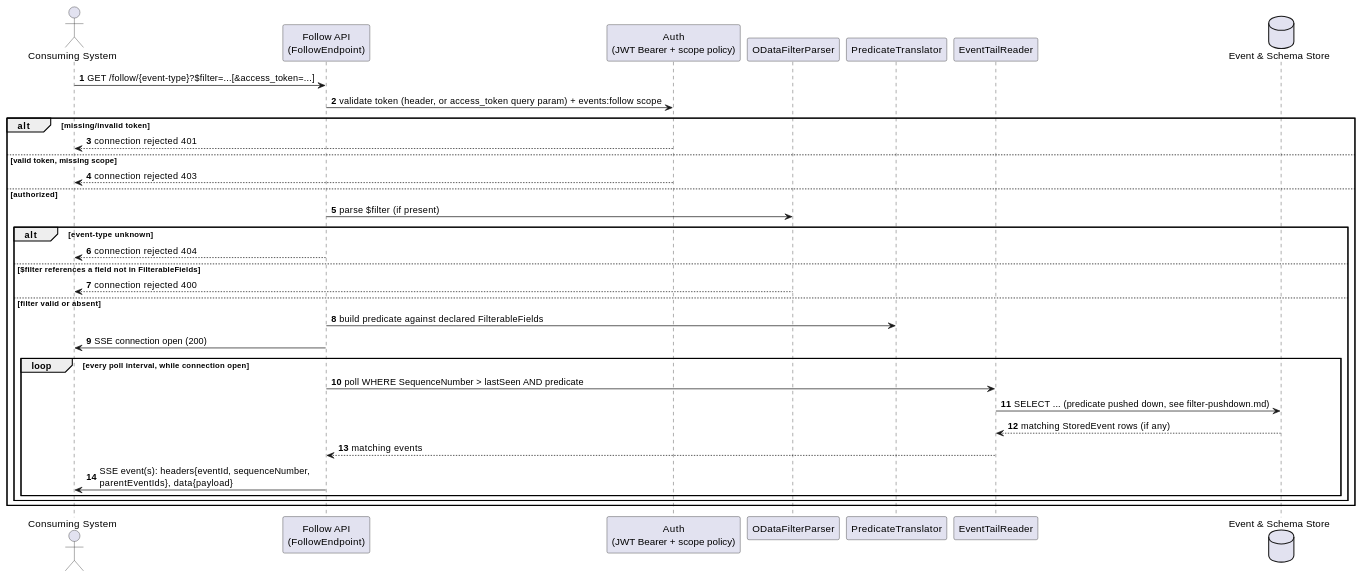
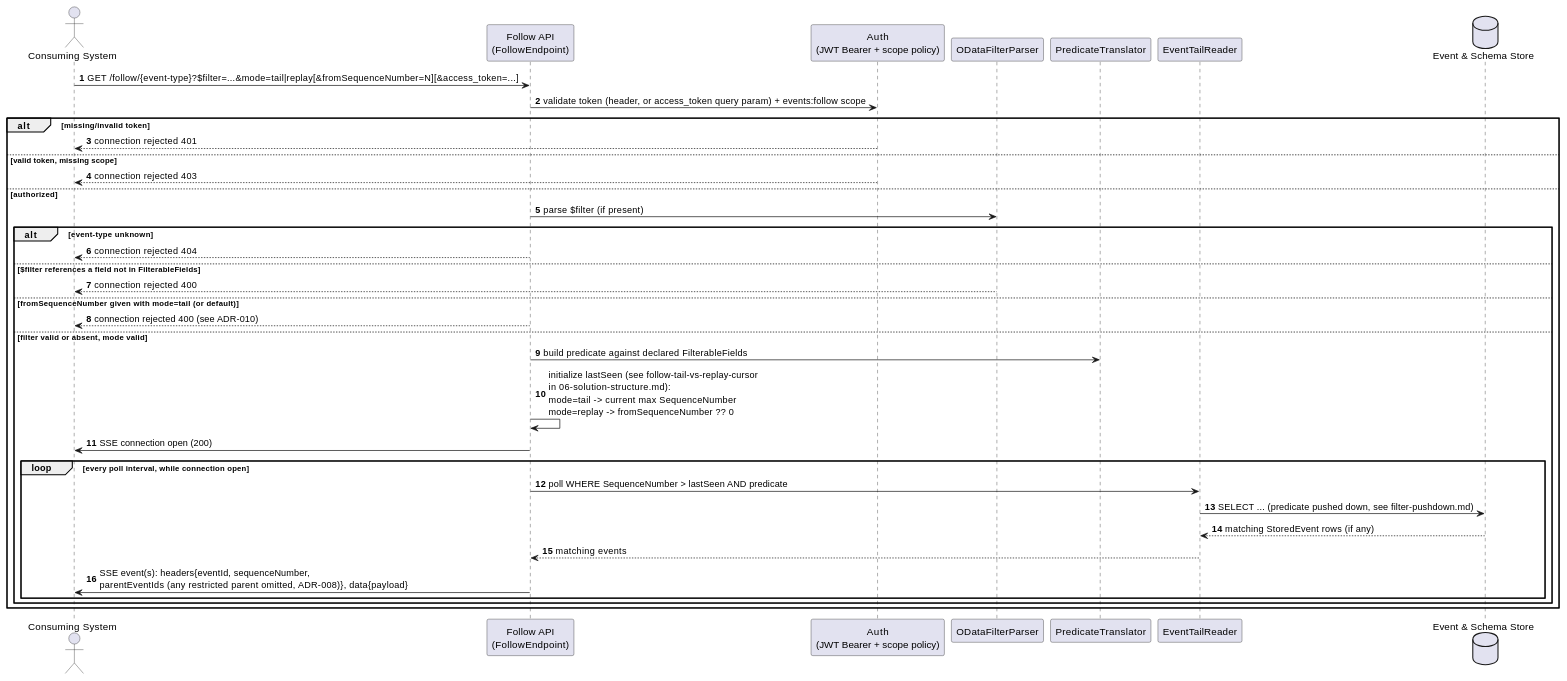
One commit to Mwwhited-BookLearning/EventSourcing changed the first of 2 diagrams in docs/features/follow-subscribe.md. Above: the diagram before and after it, drawn with PlantUML. The commit also changed other lines of this file and 13 other files, not shown here.

````diff
--- a/docs/features/follow-subscribe.md
+++ b/docs/features/follow-subscribe.md
@@ -11,37 +13,40 @@
 ```plantuml
 @startuml Follow_Sequence
 autonumber
 actor "Consuming System" as follower
 participant "Follow API\n(FollowEndpoint)" as endpoint
 participant "Auth\n(JWT Bearer + scope policy)" as auth
 participant "ODataFilterParser" as parser
 participant "PredicateTranslator" as translator
 participant "EventTailReader" as tailReader
 database "Event & Schema Store" as db
 
-follower -> endpoint: GET /follow/{event-type}?$filter=...[&access_token=...]
+follower -> endpoint: GET /follow/{event-type}?$filter=...&mode=tail|replay[&fromSequenceNumber=N][&access_token=...]
 endpoint -> auth: validate token (header, or access_token query param) + events:follow scope
 alt missing/invalid token
   auth --> follower: connection rejected 401
 else valid token, missing scope
   auth --> follower: connection rejected 403
 else authorized
   endpoint -> parser: parse $filter (if present)
   alt event-type unknown
     endpoint --> follower: connection rejected 404
   else $filter references a field not in FilterableFields
     parser --> follower: connection rejected 400
-  else filter valid or absent
+  else fromSequenceNumber given with mode=tail (or default)
+    endpoint --> follower: connection rejected 400 (see ADR-010)
+  else filter valid or absent, mode valid
     endpoint -> translator: build predicate against declared FilterableFields
+    endpoint -> endpoint: initialize lastSeen (see follow-tail-vs-replay-cursor\nin 06-solution-structure.md):\nmode=tail -> current max SequenceNumber\nmode=replay -> fromSequenceNumber ?? 0
     endpoint -> follower: SSE connection open (200)
     loop every poll interval, while connection open
       endpoint -> tailReader: poll WHERE SequenceNumber > lastSeen AND predicate
       tailReader -> db: SELECT ... (predicate pushed down, see filter-pushdown.md)
       db --> tailReader: matching StoredEvent rows (if any)
       tailReader --> endpoint: matching events
-      endpoint -> follower: SSE event(s): headers{eventId, sequenceNumber,\nparentEventIds}, data{payload}
+      endpoint -> follower: SSE event(s): headers{eventId, sequenceNumber,\nparentEventIds (any restricted parent omitted, ADR-008)}, data{payload}
     end
   end
 end
 @enduml
 ```
````
